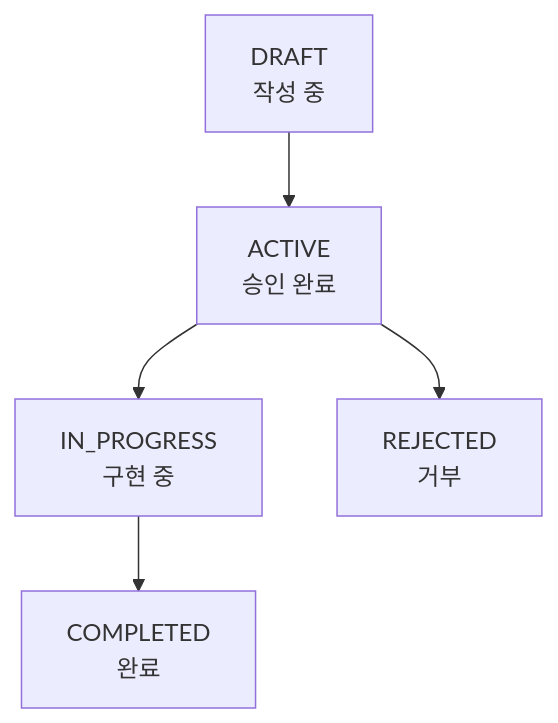
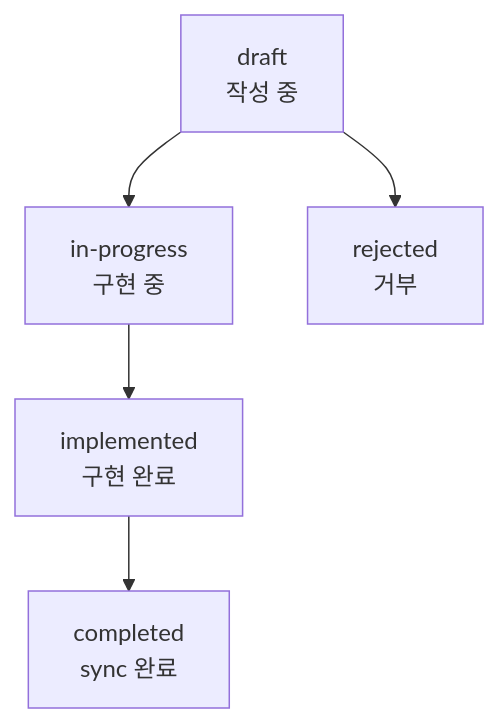
The second of 2 diagrams in docs-site/content/ko/workflow-commands/moai-plan.md (modu-ai/moai-adk), drawn with Mermaid before and after one commit. The commit also changed other lines of this file and 180 other files, not shown here.

````diff
--- a/docs-site/content/ko/workflow-commands/moai-plan.md
+++ b/docs-site/content/ko/workflow-commands/moai-plan.md
@@ -262,7 +315,7 @@
 ```mermaid
 flowchart TD
-    A["DRAFT<br/>작성 중"] --> B["ACTIVE<br/>승인 완료"]
-    B --> C["IN_PROGRESS<br/>구현 중"]
-    C --> D["COMPLETED<br/>완료"]
-    B --> E["REJECTED<br/>거부"]
+    A["draft<br/>작성 중"] --> B["in-progress<br/>구현 중"]
+    B --> C["implemented<br/>구현 완료"]
+    C --> D["completed<br/>sync 완료"]
+    A --> E["rejected<br/>거부"]
 ```
````
